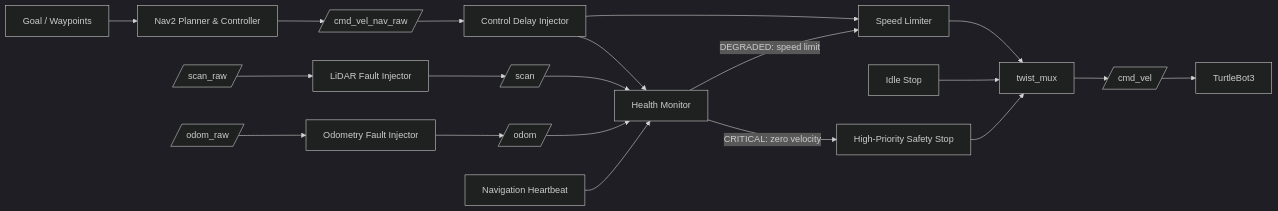
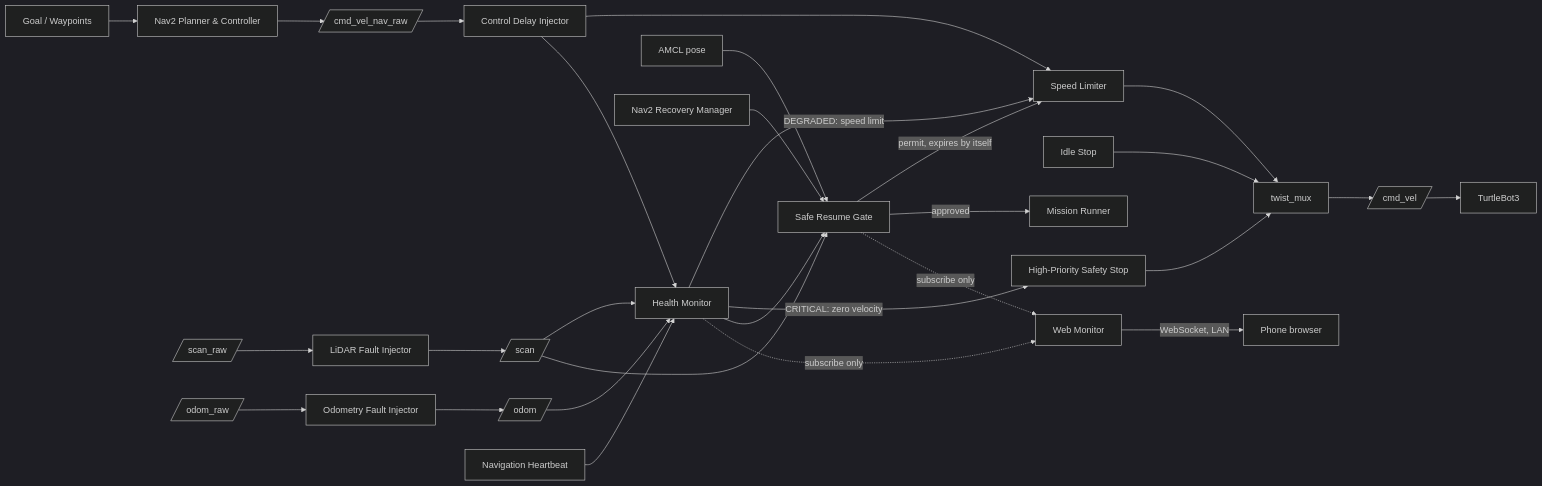
Before and after one commit to sohee-tech/ros2-fault-tolerant-robot: the diagram in README.md, drawn with Mermaid (dark theme). The commit also changed other lines of this file and 52 other files, not shown here.

Commit message:
feat: implement Safe Resume Gate and QR-based AMR monitoring

````diff
--- a/README.md
+++ b/README.md
@@ -73,28 +74,39 @@
 ```mermaid
 flowchart LR
     G[Goal / Waypoints] --> N[Nav2 Planner & Controller]
     N --> RAW[/cmd_vel_nav_raw/]
 
     RAW --> D[Control Delay Injector]
     D --> SL[Speed Limiter]
     SL --> M[twist_mux]
 
     IDLE[Idle Stop] --> M
     SAFE[High-Priority Safety Stop] --> M
     M --> CMD[/cmd_vel/]
     CMD --> ROBOT[TurtleBot3]
 
     LRAW[/scan_raw/] --> LF[LiDAR Fault Injector]
     LF --> SCAN[/scan/]
 
     ORAW[/odom_raw/] --> OF[Odometry Fault Injector]
     OF --> ODOM[/odom/]
 
     SCAN --> HM[Health Monitor]
     ODOM --> HM
     D --> HM
     HB[Navigation Heartbeat] --> HM
 
     HM -->|DEGRADED: speed limit| SL
     HM -->|CRITICAL: zero velocity| SAFE
+
+    HM --> GATE[Safe Resume Gate]
+    SCAN --> GATE
+    AMCL[AMCL pose] --> GATE
+    REC[Nav2 Recovery Manager] --> GATE
+    GATE -->|permit, expires by itself| SL
+    GATE -->|approved| MR[Mission Runner]
+
+    HM -.->|subscribe only| WEB[Web Monitor]
+    GATE -.->|subscribe only| WEB
+    WEB -->|WebSocket, LAN| PHONE[Phone browser]
 ```
````
